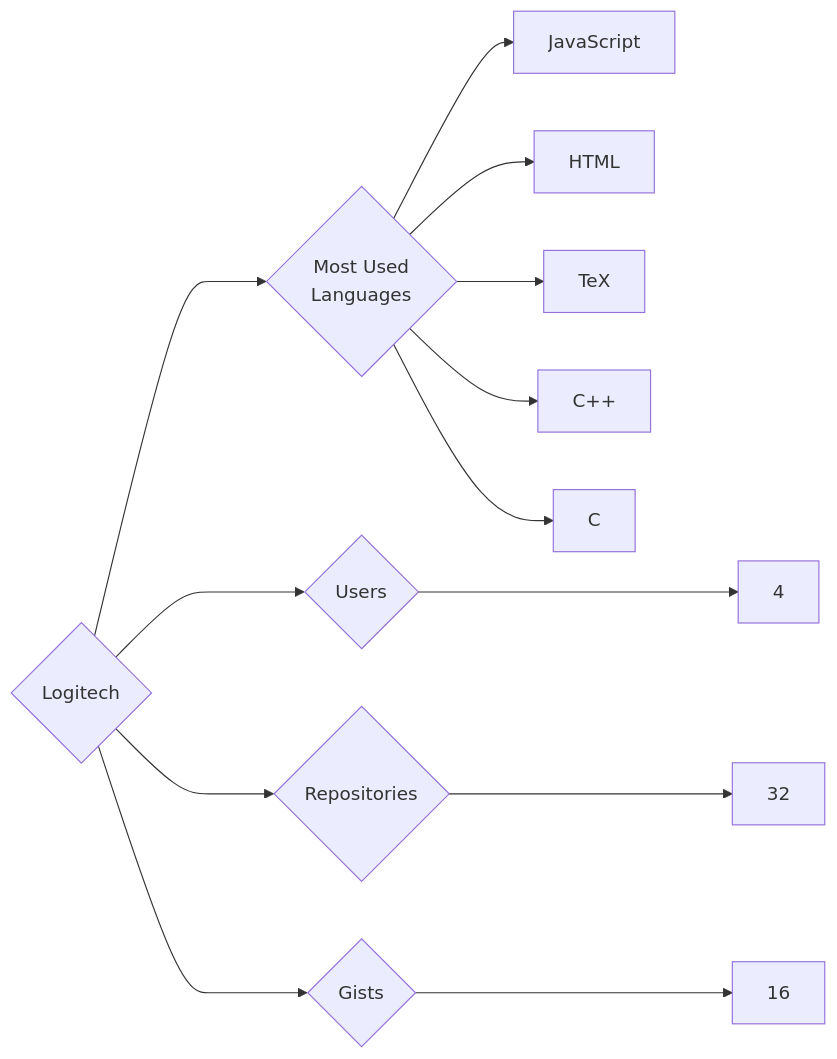
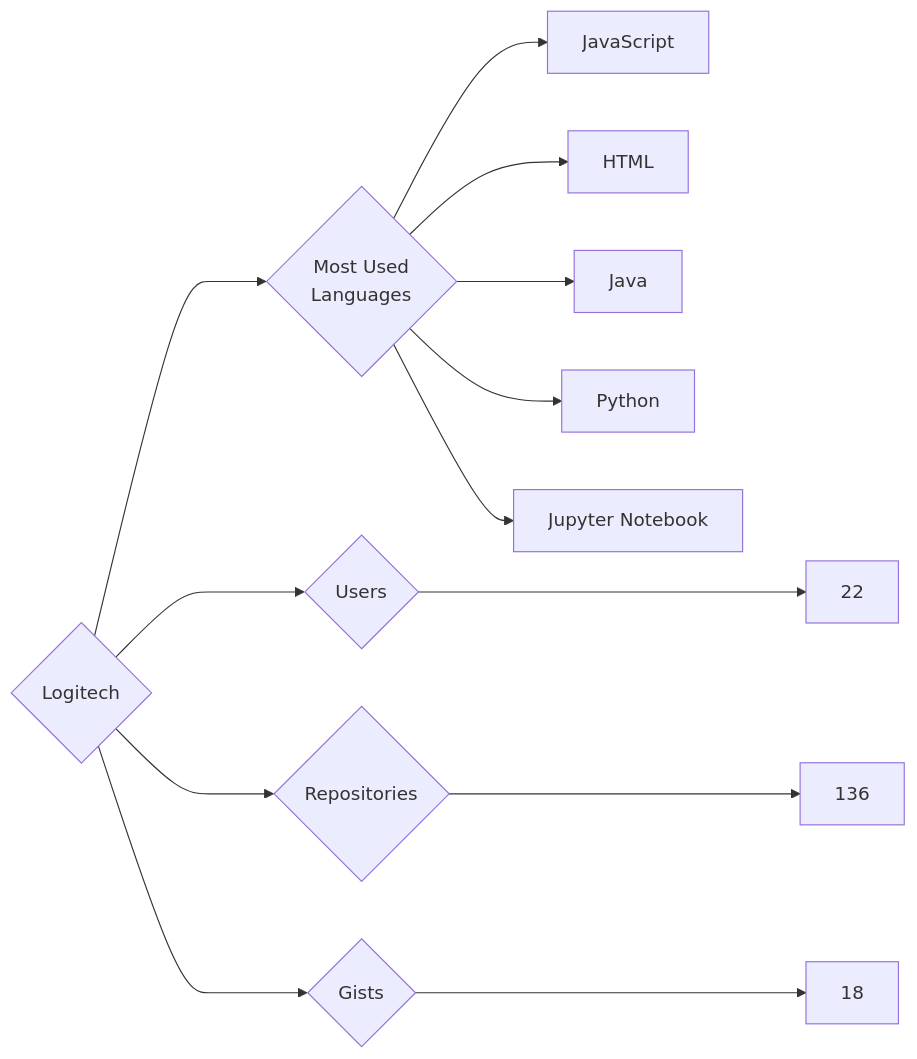
Before and after one commit to trickest/insiders: the diagram in targets/Logitech/README.md, drawn with Mermaid. The commit also changed 752 other files, not shown here.

````diff
--- a/targets/Logitech/README.md
+++ b/targets/Logitech/README.md
@@ -3,13 +3,13 @@
 ```mermaid
 graph LR
 COMPANY_NAME{Logitech}
-COMPANY_NAME ---> U{Users} ---> UN[4]
-COMPANY_NAME ---> R{Repositories} ---> RN[32]
-COMPANY_NAME ---> G{Gists} ---> GN[16]
+COMPANY_NAME ---> U{Users} ---> UN[22]
+COMPANY_NAME ---> R{Repositories} ---> RN[136]
+COMPANY_NAME ---> G{Gists} ---> GN[18]
 COMPANY_NAME ---> ML{Most Used<br>Languages}
 ML --> JavaScript[JavaScript]
 ML --> HTML[HTML]
-ML --> TeX[TeX]
-ML --> C++[C++]
-ML --> C[C]
+ML --> Java[Java]
+ML --> Python[Python]
+ML --> Jupyter_Notebook[Jupyter Notebook]
 ```
````
